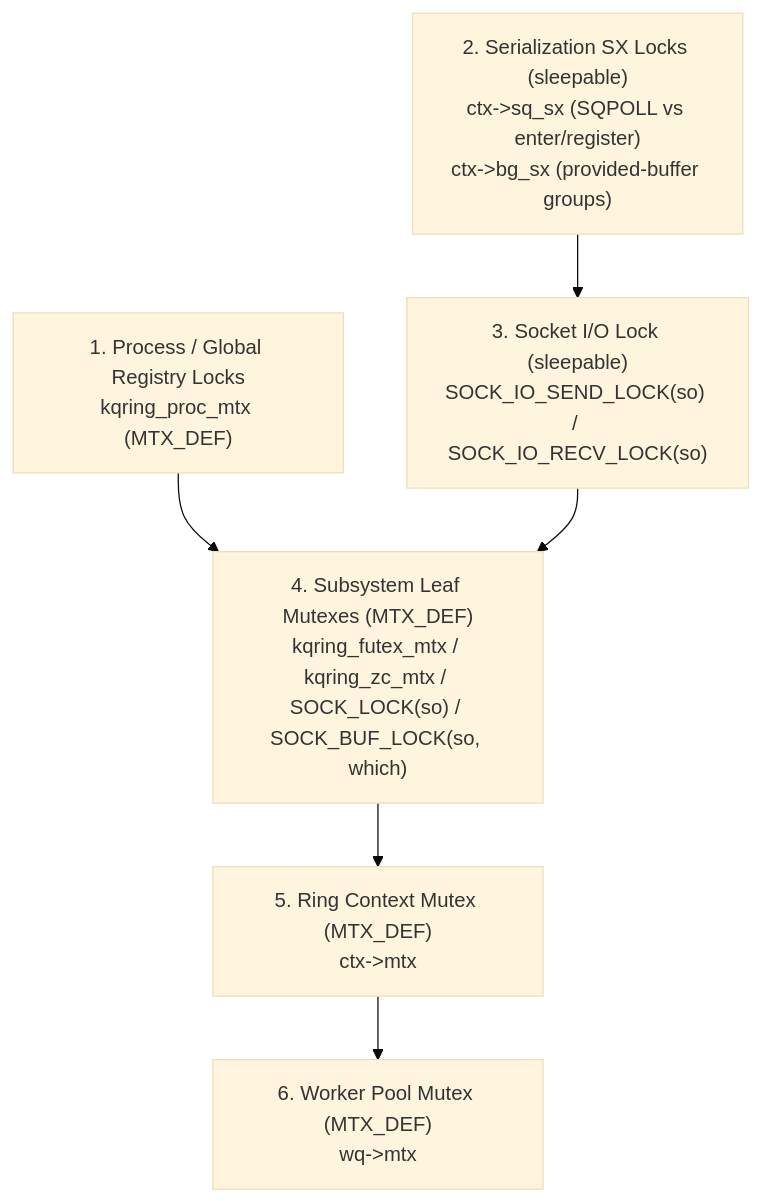
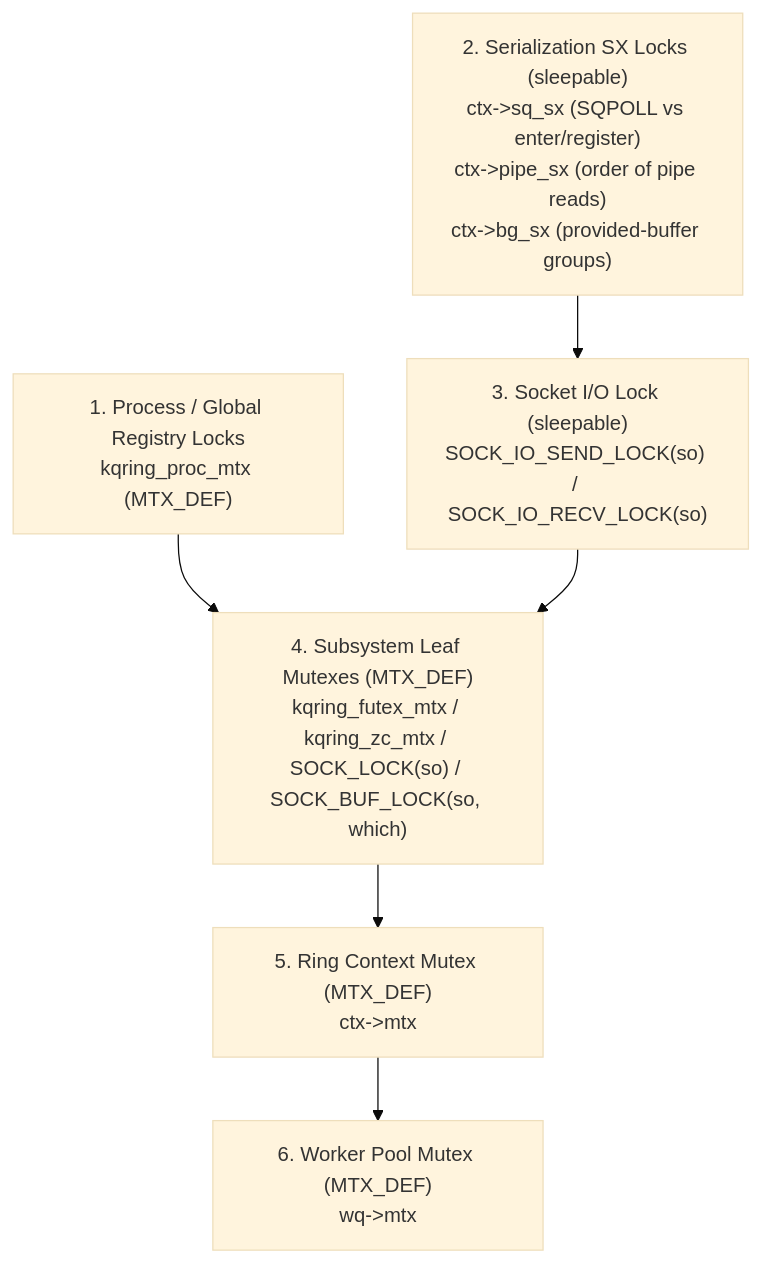
One commit to grepjava/kqring changed the eighth of 8 diagrams in ARCHITECTURE.MD. Above: the diagram before and after it, drawn with Mermaid (base theme). The commit also changed other lines of this file and 9 other files, not shown here.

First line of the commit message:
Reads waiting on one pipe complete in the order of the data

````diff
--- a/ARCHITECTURE.MD
+++ b/ARCHITECTURE.MD
@@ -367,12 +367,12 @@
 ```mermaid
 flowchart TD
     L1["1. Process / Global Registry Locks<br/>kqring_proc_mtx (MTX_DEF)"]
-    L2["2. Serialization SX Locks (sleepable)<br/>ctx->sq_sx (SQPOLL vs enter/register)<br/>ctx->bg_sx (provided-buffer groups)"]
+    L2["2. Serialization SX Locks (sleepable)<br/>ctx->sq_sx (SQPOLL vs enter/register)<br/>ctx->pipe_sx (order of pipe reads)<br/>ctx->bg_sx (provided-buffer groups)"]
     L3["3. Socket I/O Lock (sleepable)<br/>SOCK_IO_SEND_LOCK(so) / SOCK_IO_RECV_LOCK(so)"]
     L4["4. Subsystem Leaf Mutexes (MTX_DEF)<br/>kqring_futex_mtx / kqring_zc_mtx / SOCK_LOCK(so) / SOCK_BUF_LOCK(so, which)"]
     L5["5. Ring Context Mutex (MTX_DEF)<br/>ctx->mtx"]
     L6["6. Worker Pool Mutex (MTX_DEF)<br/>wq->mtx"]
 
     L1 --> L4
     L2 --> L3 --> L4 --> L5 --> L6
 ```
````
